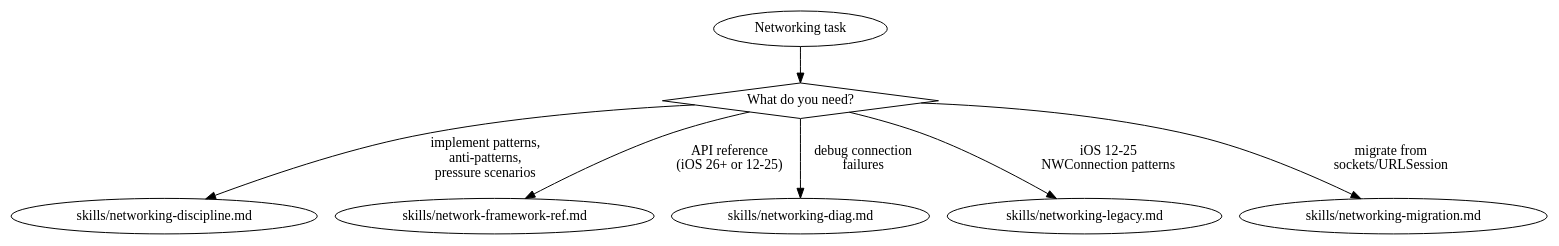
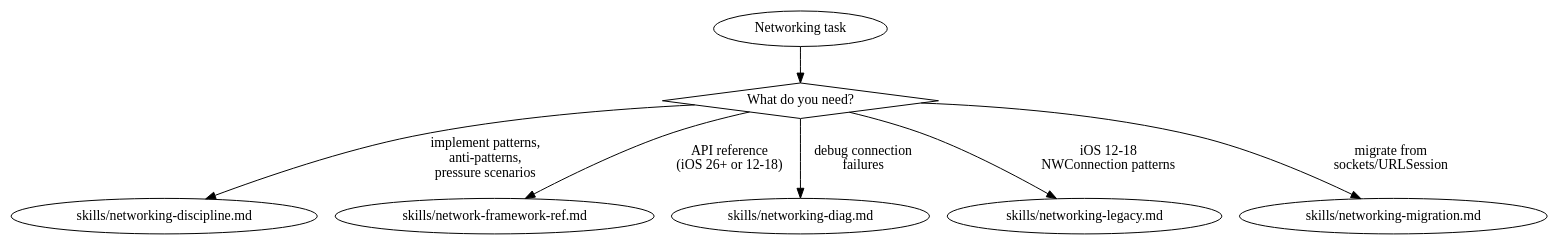
Before and after one commit to CharlesWiltgen/Axiom: the diagram in axiom-codex/skills/axiom-networking/SKILL.md, drawn with Graphviz. The commit also changed other lines of this file and 27 other files, not shown here.

First line of the commit message:
fix: correct 'iOS 12-25' → 'iOS 12-18' across networking skills and docs

````diff
--- a/axiom-codex/skills/axiom-networking/SKILL.md
+++ b/axiom-codex/skills/axiom-networking/SKILL.md
@@ -35,13 +35,13 @@
 ```dot
 digraph networking {
     start [label="Networking task" shape=ellipse];
     what [label="What do you need?" shape=diamond];
 
     start -> what;
     what -> "skills/networking-discipline.md" [label="implement patterns,\nanti-patterns,\npressure scenarios"];
-    what -> "skills/network-framework-ref.md" [label="API reference\n(iOS 26+ or 12-25)"];
+    what -> "skills/network-framework-ref.md" [label="API reference\n(iOS 26+ or 12-18)"];
     what -> "skills/networking-diag.md" [label="debug connection\nfailures"];
-    what -> "skills/networking-legacy.md" [label="iOS 12-25\nNWConnection patterns"];
+    what -> "skills/networking-legacy.md" [label="iOS 12-18\nNWConnection patterns"];
     what -> "skills/networking-migration.md" [label="migrate from\nsockets/URLSession"];
 }
 ```
````
